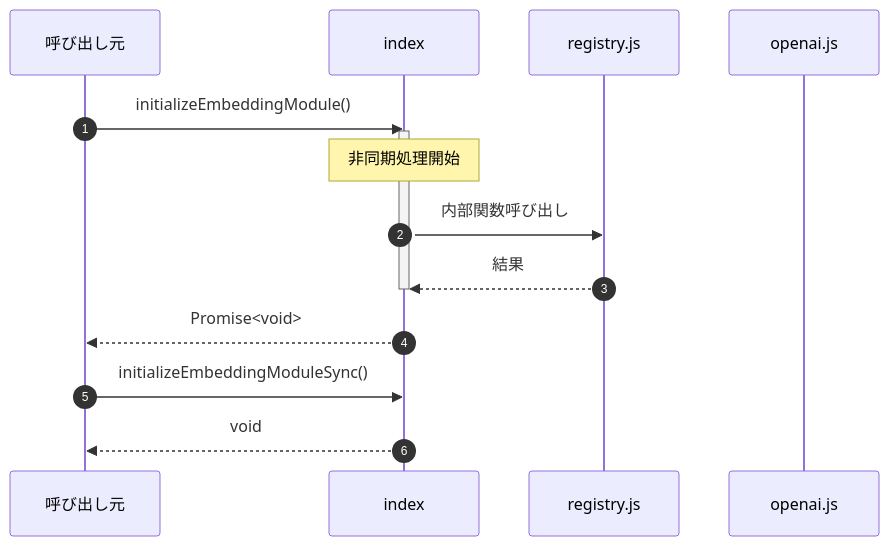
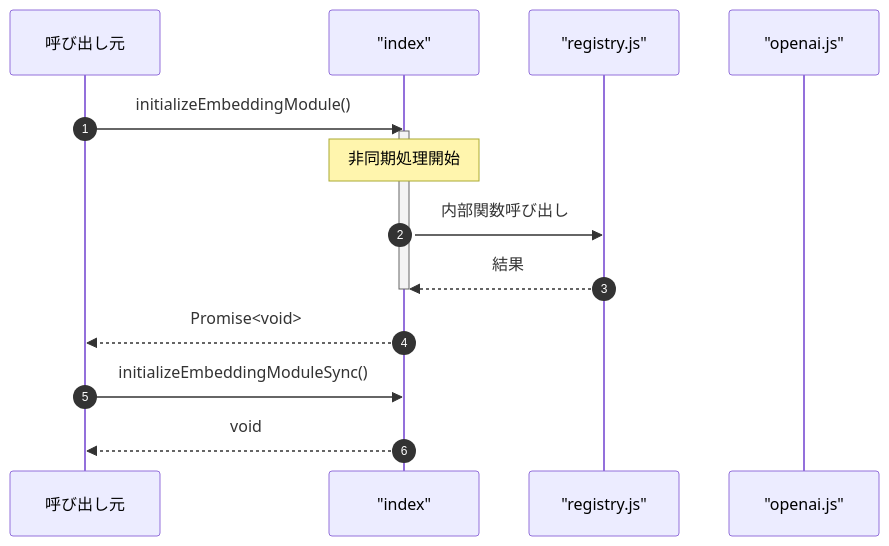
The third of 3 diagrams in ABDD/.pi/lib/embeddings/index.md (Mekann2904/mekann), drawn with Mermaid before and after one commit. The commit also changed other lines of this file and 152 other files, not shown here.

First line of the commit message:
fix: Mermaid図のラベル内の特殊文字をエスケープする

````diff
--- a/ABDD/.pi/lib/embeddings/index.md
+++ b/ABDD/.pi/lib/embeddings/index.md
@@ -57,19 +57,19 @@
 ```mermaid
 sequenceDiagram
   autonumber
   participant Caller as 呼び出し元
-  participant index as index
-  participant registry_js as registry.js
-  participant openai_js as openai.js
+  participant index as "index"
+  participant registry_js as "registry.js"
+  participant openai_js as "openai.js"
 
   Caller->>index: initializeEmbeddingModule()
   activate index
   Note over index: 非同期処理開始
   index->>registry_js: 内部関数呼び出し
   registry_js-->>index: 結果
   deactivate index
   index-->>Caller: Promise<void>
 
   Caller->>index: initializeEmbeddingModuleSync()
   index-->>Caller: void
 ```
````
